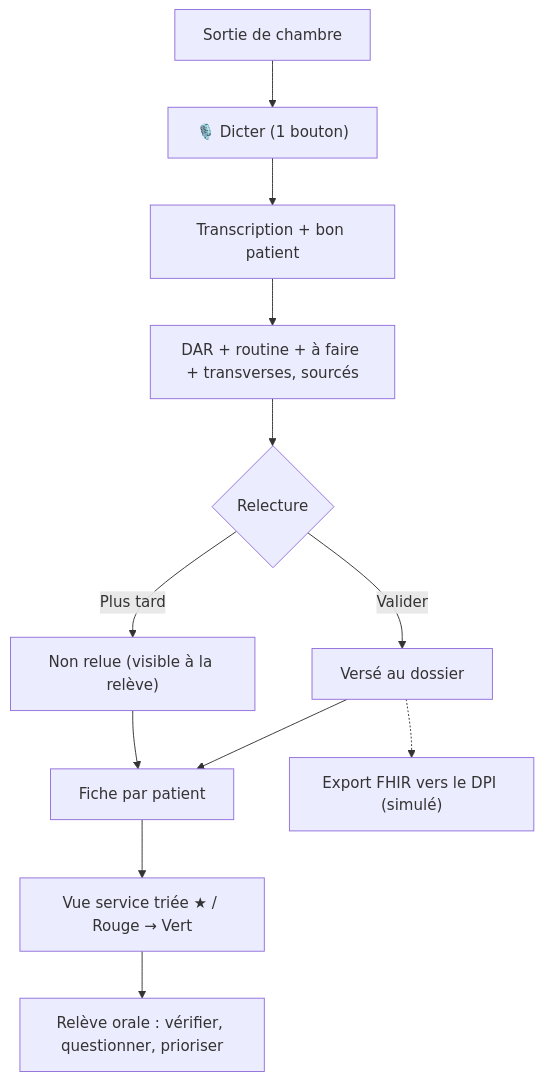
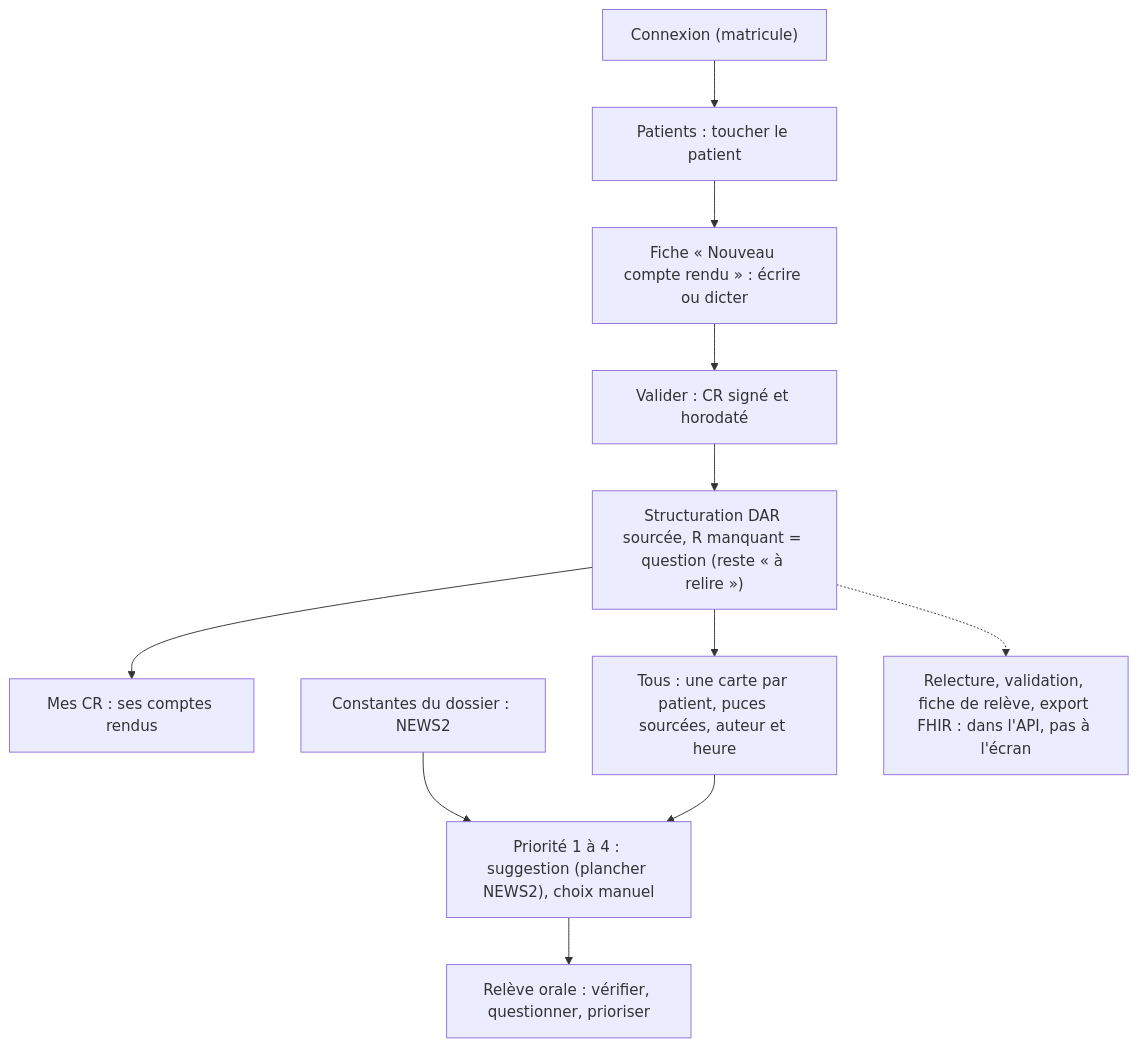
One commit to Infirmier-Augmente/bino changed the diagram in docs/PRODUCT.md. Above: the diagram before and after it, drawn with Mermaid. The commit also changed other lines of this file and 10 other files, not shown here.

First line of the commit message:
docs(docs): front Bino (FONCTIONNEMENT, README, produit, design, démo, architecture, décisions)

````diff
--- a/docs/PRODUCT.md
+++ b/docs/PRODUCT.md
@@ -29,14 +32,13 @@
 ```mermaid
 flowchart TD
-  A["Sortie de chambre"] --> B["🎙️ Dicter (1 bouton)"]
-  B --> C["Transcription + bon patient"]
-  C --> D["DAR + routine + à faire + transverses, sourcés"]
-  D --> E{"Relecture"}
-  E -->|Valider| F["Versé au dossier"]
-  E -->|Plus tard| G["Non relue (visible à la relève)"]
-  F --> H["Fiche par patient"]
-  G --> H
-  H --> I["Vue service triée ★ / Rouge → Vert"]
-  I --> J["Relève orale : vérifier, questionner, prioriser"]
-  F -.-> K["Export FHIR vers le DPI (simulé)"]
+  A["Connexion (matricule)"] --> B["Patients : toucher le patient"]
+  B --> C["Fiche « Nouveau compte rendu » : écrire ou dicter"]
+  C --> D["Valider : CR signé et horodaté"]
+  D --> E["Structuration DAR sourcée, R manquant = question (reste « à relire »)"]
+  E --> F["Mes CR : ses comptes rendus"]
+  E --> G["Tous : une carte par patient, puces sourcées, auteur et heure"]
+  V["Constantes du dossier : NEWS2"] --> P
+  G --> P["Priorité 1 à 4 : suggestion (plancher NEWS2), choix manuel"]
+  P --> J["Relève orale : vérifier, questionner, prioriser"]
+  E -.-> K["Relecture, validation, fiche de relève, export FHIR : dans l'API, pas à l'écran"]
 ```
````
